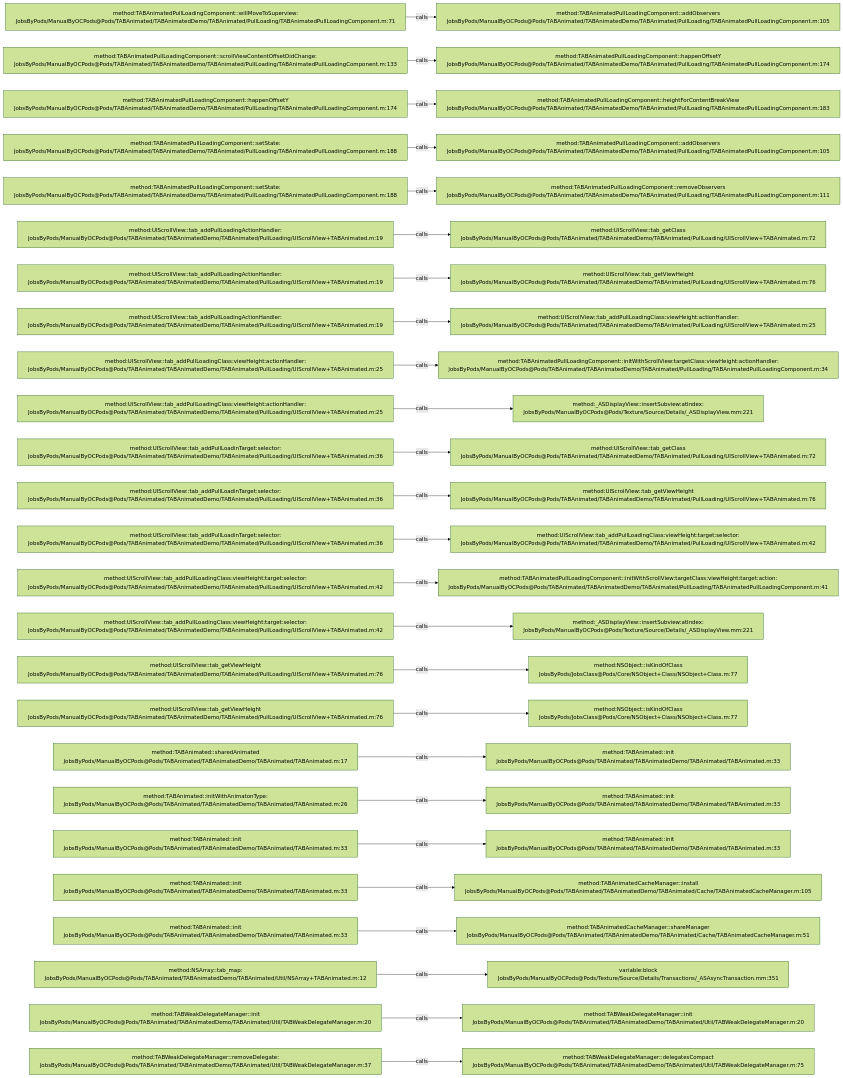
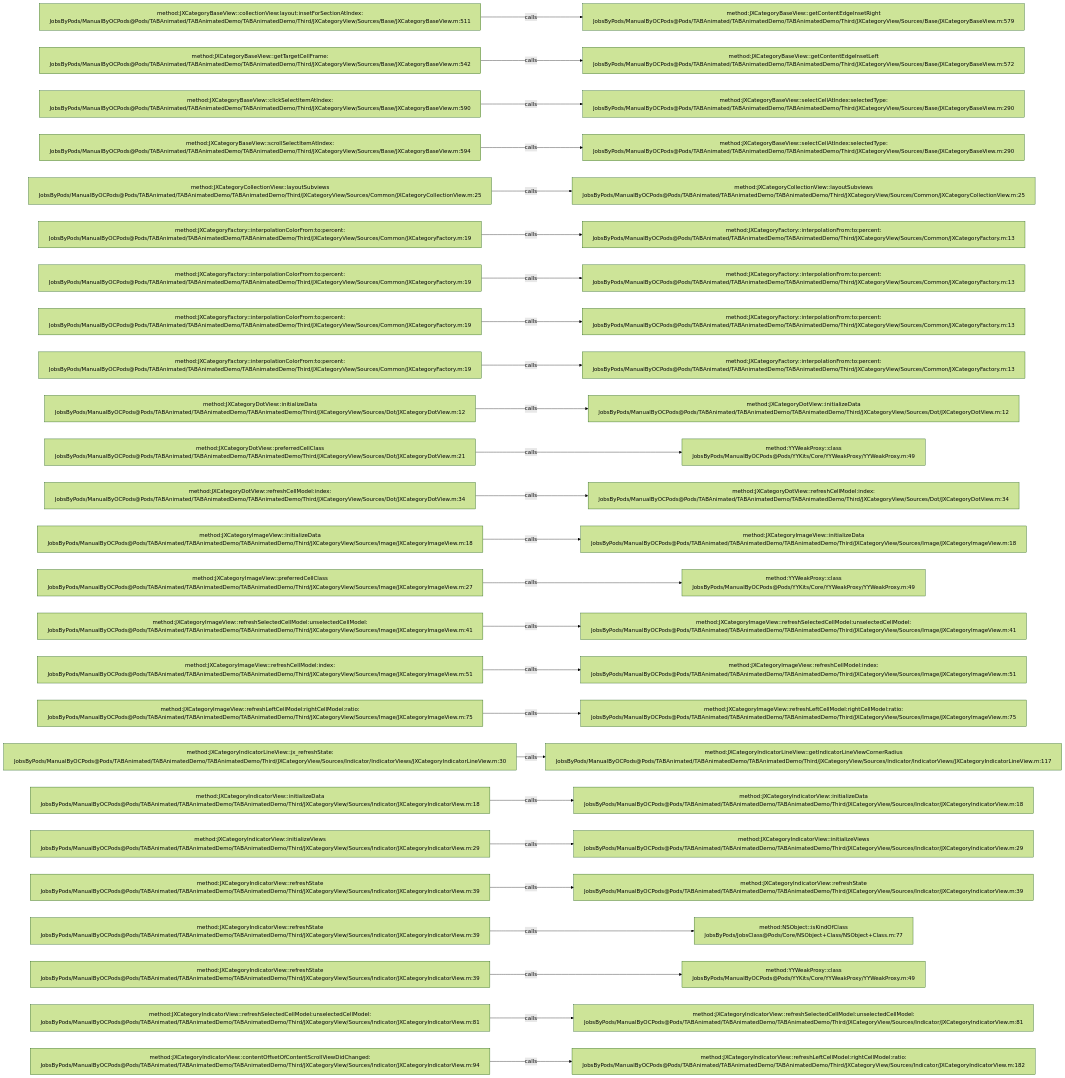
One commit to JobsKits/JobsOCBaseConfigDemo changed the diagram in .codegraph/codegraph.md/graphs/calls-040.md. Above: the diagram before and after it, drawn with Mermaid (forest theme). The commit also changed 1353 other files, not shown here.

````diff
--- a/.codegraph/codegraph.md/graphs/calls-040.md
+++ b/.codegraph/codegraph.md/graphs/calls-040.md
@@ -13,78 +13,78 @@
 ```mermaid
 flowchart LR
-  S1["method:TABAnimatedPullLoadingComponent::willMoveToSuperview:<br/>JobsByPods/ManualByOCPods@Pods/TABAnimated/TABAnimatedDemo/TABAnimated/PullLoading/TABAnimatedPullLoadingComponent.m:71"]
-  T1["method:TABAnimatedPullLoadingComponent::addObservers<br/>JobsByPods/ManualByOCPods@Pods/TABAnimated/TABAnimatedDemo/TABAnimated/PullLoading/TABAnimatedPullLoadingComponent.m:105"]
+  S1["method:JXCategoryBaseView::collectionView:layout:insetForSectionAtIndex:<br/>JobsByPods/ManualByOCPods@Pods/TABAnimated/TABAnimatedDemo/TABAnimatedDemo/Third/JXCategoryView/Sources/Base/JXCategoryBaseView.m:511"]
+  T1["method:JXCategoryBaseView::getContentEdgeInsetRight<br/>JobsByPods/ManualByOCPods@Pods/TABAnimated/TABAnimatedDemo/TABAnimatedDemo/Third/JXCategoryView/Sources/Base/JXCategoryBaseView.m:579"]
   S1 -->|calls| T1
-  S2["method:TABAnimatedPullLoadingComponent::scrollViewContentOffsetDidChange:<br/>JobsByPods/ManualByOCPods@Pods/TABAnimated/TABAnimatedDemo/TABAnimated/PullLoading/TABAnimatedPullLoadingComponent.m:133"]
-  T2["method:TABAnimatedPullLoadingComponent::happenOffsetY<br/>JobsByPods/ManualByOCPods@Pods/TABAnimated/TABAnimatedDemo/TABAnimated/PullLoading/TABAnimatedPullLoadingComponent.m:174"]
+  S2["method:JXCategoryBaseView::getTargetCellFrame:<br/>JobsByPods/ManualByOCPods@Pods/TABAnimated/TABAnimatedDemo/TABAnimatedDemo/Third/JXCategoryView/Sources/Base/JXCategoryBaseView.m:542"]
+  T2["method:JXCategoryBaseView::getContentEdgeInsetLeft<br/>JobsByPods/ManualByOCPods@Pods/TABAnimated/TABAnimatedDemo/TABAnimatedDemo/Third/JXCategoryView/Sources/Base/JXCategoryBaseView.m:572"]
   S2 -->|calls| T2
-  S3["method:TABAnimatedPullLoadingComponent::happenOffsetY<br/>JobsByPods/ManualByOCPods@Pods/TABAnimated/TABAnimatedDemo/TABAnimated/PullLoading/TABAnimatedPullLoadingComponent.m:174"]
-  T3["method:TABAnimatedPullLoadingComponent::heightForContentBreakView<br/>JobsByPods/ManualByOCPods@Pods/TABAnimated/TABAnimatedDemo/TABAnimated/PullLoading/TABAnimatedPullLoadingComponent.m:183"]
+  S3["method:JXCategoryBaseView::clickSelectItemAtIndex:<br/>JobsByPods/ManualByOCPods@Pods/TABAnimated/TABAnimatedDemo/TABAnimatedDemo/Third/JXCategoryView/Sources/Base/JXCategoryBaseView.m:590"]
+  T3["method:JXCategoryBaseView::selectCellAtIndex:selectedType:<br/>JobsByPods/ManualByOCPods@Pods/TABAnimated/TABAnimatedDemo/TABAnimatedDemo/Third/JXCategoryView/Sources/Base/JXCategoryBaseView.m:290"]
   S3 -->|calls| T3
-  S4["method:TABAnimatedPullLoadingComponent::setState:<br/>JobsByPods/ManualByOCPods@Pods/TABAnimated/TABAnimatedDemo/TABAnimated/PullLoading/TABAnimatedPullLoadingComponent.m:188"]
-  T4["method:TABAnimatedPullLoadingComponent::addObservers<br/>JobsByPods/ManualByOCPods@Pods/TABAnimated/TABAnimatedDemo/TABAnimated/PullLoading/TABAnimatedPullLoadingComponent.m:105"]
+  S4["method:JXCategoryBaseView::scrollSelectItemAtIndex:<br/>JobsByPods/ManualByOCPods@Pods/TABAnimated/TABAnimatedDemo/TABAnimatedDemo/Third/JXCategoryView/Sources/Base/JXCategoryBaseView.m:594"]
+  T4["method:JXCategoryBaseView::selectCellAtIndex:selectedType:<br/>JobsByPods/ManualByOCPods@Pods/TABAnimated/TABAnimatedDemo/TABAnimatedDemo/Third/JXCategoryView/Sources/Base/JXCategoryBaseView.m:290"]
   S4 -->|calls| T4
-  S5["method:TABAnimatedPullLoadingComponent::setState:<br/>JobsByPods/ManualByOCPods@Pods/TABAnimated/TABAnimatedDemo/TABAnimated/PullLoading/TABAnimatedPullLoadingComponent.m:188"]
-  T5["method:TABAnimatedPullLoadingComponent::removeObservers<br/>JobsByPods/ManualByOCPods@Pods/TABAnimated/TABAnimatedDemo/TABAnimated/PullLoading/TABAnimatedPullLoadingComponent.m:111"]
+  S5["method:JXCategoryCollectionView::layoutSubviews<br/>JobsByPods/ManualByOCPods@Pods/TABAnimated/TABAnimatedDemo/TABAnimatedDemo/Third/JXCategoryView/Sources/Common/JXCategoryCollectionView.m:25"]
+  T5["method:JXCategoryCollectionView::layoutSubviews<br/>JobsByPods/ManualByOCPods@Pods/TABAnimated/TABAnimatedDemo/TABAnimatedDemo/Third/JXCategoryView/Sources/Common/JXCategoryCollectionView.m:25"]
   S5 -->|calls| T5
-  S6["method:UIScrollView::tab_addPullLoadingActionHandler:<br/>JobsByPods/ManualByOCPods@Pods/TABAnimated/TABAnimatedDemo/TABAnimated/PullLoading/UIScrollView+TABAnimated.m:19"]
-  T6["method:UIScrollView::tab_getClass<br/>JobsByPods/ManualByOCPods@Pods/TABAnimated/TABAnimatedDemo/TABAnimated/PullLoading/UIScrollView+TABAnimated.m:72"]
+  S6["method:JXCategoryFactory::interpolationColorFrom:to:percent:<br/>JobsByPods/ManualByOCPods@Pods/TABAnimated/TABAnimatedDemo/TABAnimatedDemo/Third/JXCategoryView/Sources/Common/JXCategoryFactory.m:19"]
+  T6["method:JXCategoryFactory::interpolationFrom:to:percent:<br/>JobsByPods/ManualByOCPods@Pods/TABAnimated/TABAnimatedDemo/TABAnimatedDemo/Third/JXCategoryView/Sources/Common/JXCategoryFactory.m:13"]
   S6 -->|calls| T6
-  S7["method:UIScrollView::tab_addPullLoadingActionHandler:<br/>JobsByPods/ManualByOCPods@Pods/TABAnimated/TABAnimatedDemo/TABAnimated/PullLoading/UIScrollView+TABAnimated.m:19"]
-  T7["method:UIScrollView::tab_getViewHeight<br/>JobsByPods/ManualByOCPods@Pods/TABAnimated/TABAnimatedDemo/TABAnimated/PullLoading/UIScrollView+TABAnimated.m:76"]
+  S7["method:JXCategoryFactory::interpolationColorFrom:to:percent:<br/>JobsByPods/ManualByOCPods@Pods/TABAnimated/TABAnimatedDemo/TABAnimatedDemo/Third/JXCategoryView/Sources/Common/JXCategoryFactory.m:19"]
+  T7["method:JXCategoryFactory::interpolationFrom:to:percent:<br/>JobsByPods/ManualByOCPods@Pods/TABAnimated/TABAnimatedDemo/TABAnimatedDemo/Third/JXCategoryView/Sources/Common/JXCategoryFactory.m:13"]
   S7 -->|calls| T7
-  S8["method:UIScrollView::tab_addPullLoadingActionHandler:<br/>JobsByPods/ManualByOCPods@Pods/TABAnimated/TABAnimatedDemo/TABAnimated/PullLoading/UIScrollView+TABAnimated.m:19"]
-  T8["method:UIScrollView::tab_addPullLoadingClass:viewHeight:actionHandler:<br/>JobsByPods/ManualByOCPods@Pods/TABAnimated/TABAnimatedDemo/TABAnimated/PullLoading/UIScrollView+TABAnimated.m:25"]
+  S8["method:JXCategoryFactory::interpolationColorFrom:to:percent:<br/>JobsByPods/ManualByOCPods@Pods/TABAnimated/TABAnimatedDemo/TABAnimatedDemo/Third/JXCategoryView/Sources/Common/JXCategoryFactory.m:19"]
+  T8["method:JXCategoryFactory::interpolationFrom:to:percent:<br/>JobsByPods/ManualByOCPods@Pods/TABAnimated/TABAnimatedDemo/TABAnimatedDemo/Third/JXCategoryView/Sources/Common/JXCategoryFactory.m:13"]
   S8 -->|calls| T8
-  S9["method:UIScrollView::tab_addPullLoadingClass:viewHeight:actionHandler:<br/>JobsByPods/ManualByOCPods@Pods/TABAnimated/TABAnimatedDemo/TABAnimated/PullLoading/UIScrollView+TABAnimated.m:25"]
-  T9["method:TABAnimatedPullLoadingComponent::initWithScrollView:targetClass:viewHeight:actionHandler:<br/>JobsByPods/ManualByOCPods@Pods/TABAnimated/TABAnimatedDemo/TABAnimated/PullLoading/TABAnimatedPullLoadingComponent.m:34"]
+  S9["method:JXCategoryFactory::interpolationColorFrom:to:percent:<br/>JobsByPods/ManualByOCPods@Pods/TABAnimated/TABAnimatedDemo/TABAnimatedDemo/Third/JXCategoryView/Sources/Common/JXCategoryFactory.m:19"]
+  T9["method:JXCategoryFactory::interpolationFrom:to:percent:<br/>JobsByPods/ManualByOCPods@Pods/TABAnimated/TABAnimatedDemo/TABAnimatedDemo/Third/JXCategoryView/Sources/Common/JXCategoryFactory.m:13"]
   S9 -->|calls| T9
-  S10["method:UIScrollView::tab_addPullLoadingClass:viewHeight:actionHandler:<br/>JobsByPods/ManualByOCPods@Pods/TABAnimated/TABAnimatedDemo/TABAnimated/PullLoading/UIScrollView+TABAnimated.m:25"]
-  T10["method:_ASDisplayView::insertSubview:atIndex:<br/>JobsByPods/ManualByOCPods@Pods/Texture/Source/Details/_ASDisplayView.mm:221"]
+  S10["method:JXCategoryDotView::initializeData<br/>JobsByPods/ManualByOCPods@Pods/TABAnimated/TABAnimatedDemo/TABAnimatedDemo/Third/JXCategoryView/Sources/Dot/JXCategoryDotView.m:12"]
+  T10["method:JXCategoryDotView::initializeData<br/>JobsByPods/ManualByOCPods@Pods/TABAnimated/TABAnimatedDemo/TABAnimatedDemo/Third/JXCategoryView/Sources/Dot/JXCategoryDotView.m:12"]
   S10 -->|calls| T10
-  S11["method:UIScrollView::tab_addPullLoadinTarget:selector:<br/>JobsByPods/ManualByOCPods@Pods/TABAnimated/TABAnimatedDemo/TABAnimated/PullLoading/UIScrollView+TABAnimated.m:36"]
-  T11["method:UIScrollView::tab_getClass<br/>JobsByPods/ManualByOCPods@Pods/TABAnimated/TABAnimatedDemo/TABAnimated/PullLoading/UIScrollView+TABAnimated.m:72"]
+  S11["method:JXCategoryDotView::preferredCellClass<br/>JobsByPods/ManualByOCPods@Pods/TABAnimated/TABAnimatedDemo/TABAnimatedDemo/Third/JXCategoryView/Sources/Dot/JXCategoryDotView.m:21"]
+  T11["method:YYWeakProxy::class<br/>JobsByPods/ManualByOCPods@Pods/YYKits/Core/YYWeakProxy/YYWeakProxy.m:49"]
   S11 -->|calls| T11
-  S12["method:UIScrollView::tab_addPullLoadinTarget:selector:<br/>JobsByPods/ManualByOCPods@Pods/TABAnimated/TABAnimatedDemo/TABAnimated/PullLoading/UIScrollView+TABAnimated.m:36"]
-  T12["method:UIScrollView::tab_getViewHeight<br/>JobsByPods/ManualByOCPods@Pods/TABAnimated/TABAnimatedDemo/TABAnimated/PullLoading/UIScrollView+TABAnimated.m:76"]
+  S12["method:JXCategoryDotView::refreshCellModel:index:<br/>JobsByPods/ManualByOCPods@Pods/TABAnimated/TABAnimatedDemo/TABAnimatedDemo/Third/JXCategoryView/Sources/Dot/JXCategoryDotView.m:34"]
+  T12["method:JXCategoryDotView::refreshCellModel:index:<br/>JobsByPods/ManualByOCPods@Pods/TABAnimated/TABAnimatedDemo/TABAnimatedDemo/Third/JXCategoryView/Sources/Dot/JXCategoryDotView.m:34"]
   S12 -->|calls| T12
-  S13["method:UIScrollView::tab_addPullLoadinTarget:selector:<br/>JobsByPods/ManualByOCPods@Pods/TABAnimated/TABAnimatedDemo/TABAnimated/PullLoading/UIScrollView+TABAnimated.m:36"]
-  T13["method:UIScrollView::tab_addPullLoadingClass:viewHeight:target:selector:<br/>JobsByPods/ManualByOCPods@Pods/TABAnimated/TABAnimatedDemo/TABAnimated/PullLoading/UIScrollView+TABAnimated.m:42"]
+  S13["method:JXCategoryImageView::initializeData<br/>JobsByPods/ManualByOCPods@Pods/TABAnimated/TABAnimatedDemo/TABAnimatedDemo/Third/JXCategoryView/Sources/Image/JXCategoryImageView.m:18"]
+  T13["method:JXCategoryImageView::initializeData<br/>JobsByPods/ManualByOCPods@Pods/TABAnimated/TABAnimatedDemo/TABAnimatedDemo/Third/JXCategoryView/Sources/Image/JXCategoryImageView.m:18"]
   S13 -->|calls| T13
-  S14["method:UIScrollView::tab_addPullLoadingClass:viewHeight:target:selector:<br/>JobsByPods/ManualByOCPods@Pods/TABAnimated/TABAnimatedDemo/TABAnimated/PullLoading/UIScrollView+TABAnimated.m:42"]
-  T14["method:TABAnimatedPullLoadingComponent::initWithScrollView:targetClass:viewHeight:target:action:<br/>JobsByPods/ManualByOCPods@Pods/TABAnimated/TABAnimatedDemo/TABAnimated/PullLoading/TABAnimatedPullLoadingComponent.m:41"]
+  S14["method:JXCategoryImageView::preferredCellClass<br/>JobsByPods/ManualByOCPods@Pods/TABAnimated/TABAnimatedDemo/TABAnimatedDemo/Third/JXCategoryView/Sources/Image/JXCategoryImageView.m:27"]
+  T14["method:YYWeakProxy::class<br/>JobsByPods/ManualByOCPods@Pods/YYKits/Core/YYWeakProxy/YYWeakProxy.m:49"]
   S14 -->|calls| T14
-  S15["method:UIScrollView::tab_addPullLoadingClass:viewHeight:target:selector:<br/>JobsByPods/ManualByOCPods@Pods/TABAnimated/TABAnimatedDemo/TABAnimated/PullLoading/UIScrollView+TABAnimated.m:42"]
-  T15["method:_ASDisplayView::insertSubview:atIndex:<br/>JobsByPods/ManualByOCPods@Pods/Texture/Source/Details/_ASDisplayView.mm:221"]
+  S15["method:JXCategoryImageView::refreshSelectedCellModel:unselectedCellModel:<br/>JobsByPods/ManualByOCPods@Pods/TABAnimated/TABAnimatedDemo/TABAnimatedDemo/Third/JXCategoryView/Sources/Image/JXCategoryImageView.m:41"]
+  T15["method:JXCategoryImageView::refreshSelectedCellModel:unselectedCellModel:<br/>JobsByPods/ManualByOCPods@Pods/TABAnimated/TABAnimatedDemo/TABAnimatedDemo/Third/JXCategoryView/Sources/Image/JXCategoryImageView.m:41"]
   S15 -->|calls| T15
-  S16["method:UIScrollView::tab_getViewHeight<br/>JobsByPods/ManualByOCPods@Pods/TABAnimated/TABAnimatedDemo/TABAnimated/PullLoading/UIScrollView+TABAnimated.m:76"]
-  T16["method:NSObject::isKindOfClass<br/>JobsByPods/JobsClass@Pods/Core/NSObject+Class/NSObject+Class.m:77"]
+  S16["method:JXCategoryImageView::refreshCellModel:index:<br/>JobsByPods/ManualByOCPods@Pods/TABAnimated/TABAnimatedDemo/TABAnimatedDemo/Third/JXCategoryView/Sources/Image/JXCategoryImageView.m:51"]
+  T16["method:JXCategoryImageView::refreshCellModel:index:<br/>JobsByPods/ManualByOCPods@Pods/TABAnimated/TABAnimatedDemo/TABAnimatedDemo/Third/JXCategoryView/Sources/Image/JXCategoryImageView.m:51"]
   S16 -->|calls| T16
-  S17["method:UIScrollView::tab_getViewHeight<br/>JobsByPods/ManualByOCPods@Pods/TABAnimated/TABAnimatedDemo/TABAnimated/PullLoading/UIScrollView+TABAnimated.m:76"]
-  T17["method:NSObject::isKindOfClass<br/>JobsByPods/JobsClass@Pods/Core/NSObject+Class/NSObject+Class.m:77"]
+  S17["method:JXCategoryImageView::refreshLeftCellModel:rightCellModel:ratio:<br/>JobsByPods/ManualByOCPods@Pods/TABAnimated/TABAnimatedDemo/TABAnimatedDemo/Third/JXCategoryView/Sources/Image/JXCategoryImageView.m:75"]
+  T17["method:JXCategoryImageView::refreshLeftCellModel:rightCellModel:ratio:<br/>JobsByPods/ManualByOCPods@Pods/TABAnimated/TABAnimatedDemo/TABAnimatedDemo/Third/JXCategoryView/Sources/Image/JXCategoryImageView.m:75"]
   S17 -->|calls| T17
-  S18["method:TABAnimated::sharedAnimated<br/>JobsByPods/ManualByOCPods@Pods/TABAnimated/TABAnimatedDemo/TABAnimated/TABAnimated.m:17"]
-  T18["method:TABAnimated::init<br/>JobsByPods/ManualByOCPods@Pods/TABAnimated/TABAnimatedDemo/TABAnimated/TABAnimated.m:33"]
+  S18["method:JXCategoryIndicatorLineView::jx_refreshState:<br/>JobsByPods/ManualByOCPods@Pods/TABAnimated/TABAnimatedDemo/TABAnimatedDemo/Third/JXCategoryView/Sources/Indicator/IndicatorViews/JXCategoryIndicatorLineView.m:30"]
+  T18["method:JXCategoryIndicatorLineView::getIndicatorLineViewCornerRadius<br/>JobsByPods/ManualByOCPods@Pods/TABAnimated/TABAnimatedDemo/TABAnimatedDemo/Third/JXCategoryView/Sources/Indicator/IndicatorViews/JXCategoryIndicatorLineView.m:117"]
   S18 -->|calls| T18
-  S19["method:TABAnimated::initWithAnimatonType:<br/>JobsByPods/ManualByOCPods@Pods/TABAnimated/TABAnimatedDemo/TABAnimated/TABAnimated.m:26"]
-  T19["method:TABAnimated::init<br/>JobsByPods/ManualByOCPods@Pods/TABAnimated/TABAnimatedDemo/TABAnimated/TABAnimated.m:33"]
+  S19["method:JXCategoryIndicatorView::initializeData<br/>JobsByPods/ManualByOCPods@Pods/TABAnimated/TABAnimatedDemo/TABAnimatedDemo/Third/JXCategoryView/Sources/Indicator/JXCategoryIndicatorView.m:18"]
+  T19["method:JXCategoryIndicatorView::initializeData<br/>JobsByPods/ManualByOCPods@Pods/TABAnimated/TABAnimatedDemo/TABAnimatedDemo/Third/JXCategoryView/Sources/Indicator/JXCategoryIndicatorView.m:18"]
   S19 -->|calls| T19
-  S20["method:TABAnimated::init<br/>JobsByPods/ManualByOCPods@Pods/TABAnimated/TABAnimatedDemo/TABAnimated/TABAnimated.m:33"]
-  T20["method:TABAnimated::init<br/>JobsByPods/ManualByOCPods@Pods/TABAnimated/TABAnimatedDemo/TABAnimated/TABAnimated.m:33"]
+  S20["method:JXCategoryIndicatorView::initializeViews<br/>JobsByPods/ManualByOCPods@Pods/TABAnimated/TABAnimatedDemo/TABAnimatedDemo/Third/JXCategoryView/Sources/Indicator/JXCategoryIndicatorView.m:29"]
+  T20["method:JXCategoryIndicatorView::initializeViews<br/>JobsByPods/ManualByOCPods@Pods/TABAnimated/TABAnimatedDemo/TABAnimatedDemo/Third/JXCategoryView/Sources/Indicator/JXCategoryIndicatorView.m:29"]
   S20 -->|calls| T20
-  S21["method:TABAnimated::init<br/>JobsByPods/ManualByOCPods@Pods/TABAnimated/TABAnimatedDemo/TABAnimated/TABAnimated.m:33"]
-  T21["method:TABAnimatedCacheManager::install<br/>JobsByPods/ManualByOCPods@Pods/TABAnimated/TABAnimatedDemo/TABAnimated/Cache/TABAnimatedCacheManager.m:105"]
+  S21["method:JXCategoryIndicatorView::refreshState<br/>JobsByPods/ManualByOCPods@Pods/TABAnimated/TABAnimatedDemo/TABAnimatedDemo/Third/JXCategoryView/Sources/Indicator/JXCategoryIndicatorView.m:39"]
+  T21["method:JXCategoryIndicatorView::refreshState<br/>JobsByPods/ManualByOCPods@Pods/TABAnimated/TABAnimatedDemo/TABAnimatedDemo/Third/JXCategoryView/Sources/Indicator/JXCategoryIndicatorView.m:39"]
   S21 -->|calls| T21
-  S22["method:TABAnimated::init<br/>JobsByPods/ManualByOCPods@Pods/TABAnimated/TABAnimatedDemo/TABAnimated/TABAnimated.m:33"]
-  T22["method:TABAnimatedCacheManager::shareManager<br/>JobsByPods/ManualByOCPods@Pods/TABAnimated/TABAnimatedDemo/TABAnimated/Cache/TABAnimatedCacheManager.m:51"]
+  S22["method:JXCategoryIndicatorView::refreshState<br/>JobsByPods/ManualByOCPods@Pods/TABAnimated/TABAnimatedDemo/TABAnimatedDemo/Third/JXCategoryView/Sources/Indicator/JXCategoryIndicatorView.m:39"]
+  T22["method:NSObject::isKindOfClass<br/>JobsByPods/JobsClass@Pods/Core/NSObject+Class/NSObject+Class.m:77"]
   S22 -->|calls| T22
-  S23["method:NSArray::tab_map:<br/>JobsByPods/ManualByOCPods@Pods/TABAnimated/TABAnimatedDemo/TABAnimated/Util/NSArray+TABAnimated.m:12"]
-  T23["variable:block<br/>JobsByPods/ManualByOCPods@Pods/Texture/Source/Details/Transactions/_ASAsyncTransaction.mm:351"]
+  S23["method:JXCategoryIndicatorView::refreshState<br/>JobsByPods/ManualByOCPods@Pods/TABAnimated/TABAnimatedDemo/TABAnimatedDemo/Third/JXCategoryView/Sources/Indicator/JXCategoryIndicatorView.m:39"]
+  T23["method:YYWeakProxy::class<br/>JobsByPods/ManualByOCPods@Pods/YYKits/Core/YYWeakProxy/YYWeakProxy.m:49"]
   S23 -->|calls| T23
-  S24["method:TABWeakDelegateManager::init<br/>JobsByPods/ManualByOCPods@Pods/TABAnimated/TABAnimatedDemo/TABAnimated/Util/TABWeakDelegateManager.m:20"]
-  T24["method:TABWeakDelegateManager::init<br/>JobsByPods/ManualByOCPods@Pods/TABAnimated/TABAnimatedDemo/TABAnimated/Util/TABWeakDelegateManager.m:20"]
+  S24["method:JXCategoryIndicatorView::refreshSelectedCellModel:unselectedCellModel:<br/>JobsByPods/ManualByOCPods@Pods/TABAnimated/TABAnimatedDemo/TABAnimatedDemo/Third/JXCategoryView/Sources/Indicator/JXCategoryIndicatorView.m:81"]
+  T24["method:JXCategoryIndicatorView::refreshSelectedCellModel:unselectedCellModel:<br/>JobsByPods/ManualByOCPods@Pods/TABAnimated/TABAnimatedDemo/TABAnimatedDemo/Third/JXCategoryView/Sources/Indicator/JXCategoryIndicatorView.m:81"]
   S24 -->|calls| T24
-  S25["method:TABWeakDelegateManager::removeDelegate:<br/>JobsByPods/ManualByOCPods@Pods/TABAnimated/TABAnimatedDemo/TABAnimated/Util/TABWeakDelegateManager.m:37"]
-  T25["method:TABWeakDelegateManager::delegatesCompact<br/>JobsByPods/ManualByOCPods@Pods/TABAnimated/TABAnimatedDemo/TABAnimated/Util/TABWeakDelegateManager.m:75"]
+  S25["method:JXCategoryIndicatorView::contentOffsetOfContentScrollViewDidChanged:<br/>JobsByPods/ManualByOCPods@Pods/TABAnimated/TABAnimatedDemo/TABAnimatedDemo/Third/JXCategoryView/Sources/Indicator/JXCategoryIndicatorView.m:94"]
+  T25["method:JXCategoryIndicatorView::refreshLeftCellModel:rightCellModel:ratio:<br/>JobsByPods/ManualByOCPods@Pods/TABAnimated/TABAnimatedDemo/TABAnimatedDemo/Third/JXCategoryView/Sources/Indicator/JXCategoryIndicatorView.m:182"]
   S25 -->|calls| T25
 ```
````
